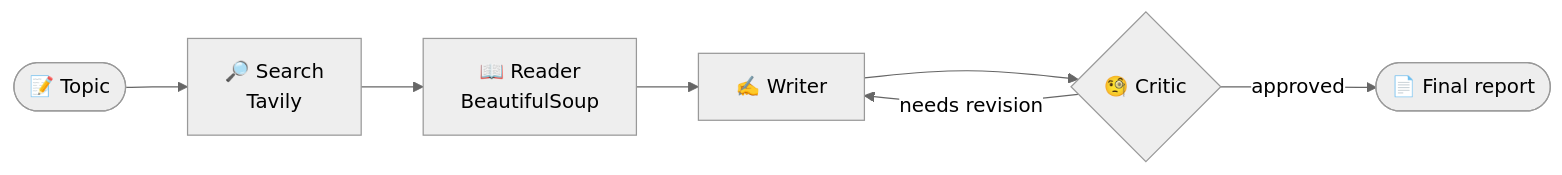
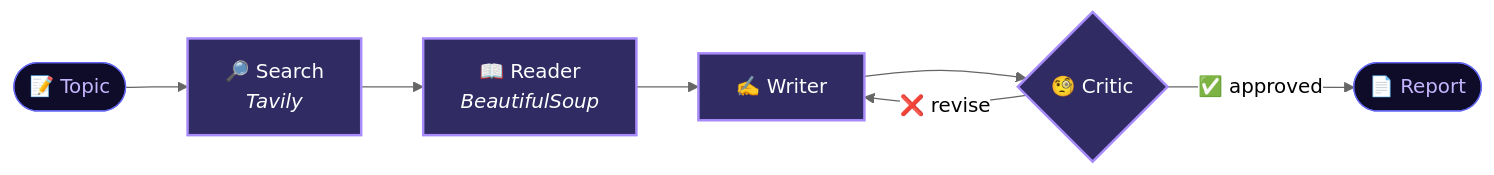
One commit to IrbaazN/IrbaazN changed the first of 2 diagrams in README.md. Above: the diagram before and after it, drawn with Mermaid (neutral theme). The commit also changed other lines of this file, not shown here.

````diff
--- a/README.md
+++ b/README.md
@@ -36,9 +64,14 @@
 ```mermaid
 flowchart LR
-    A([📝 Topic]) --> B[🔎 Search<br/>Tavily]
-    B --> C[📖 Reader<br/>BeautifulSoup]
-    C --> D[✍️ Writer]
-    D --> E{🧐 Critic}
-    E -- needs revision --> D
-    E -- approved --> F([📄 Final report])
+    T([📝 Topic]) --> S[🔎 Search<br/><i>Tavily</i>]
+    S --> R[📖 Reader<br/><i>BeautifulSoup</i>]
+    R --> W[✍️ Writer]
+    W --> C{🧐 Critic}
+    C -- "❌ revise" --> W
+    C -- "✅ approved" --> OUT([📄 Report])
+
+    classDef agent fill:#302b63,stroke:#a78bfa,color:#fff,stroke-width:2px
+    classDef io fill:#0f0c29,stroke:#6366f1,color:#c4b5fd
+    class S,R,W,C agent
+    class T,OUT io
 ```
````
